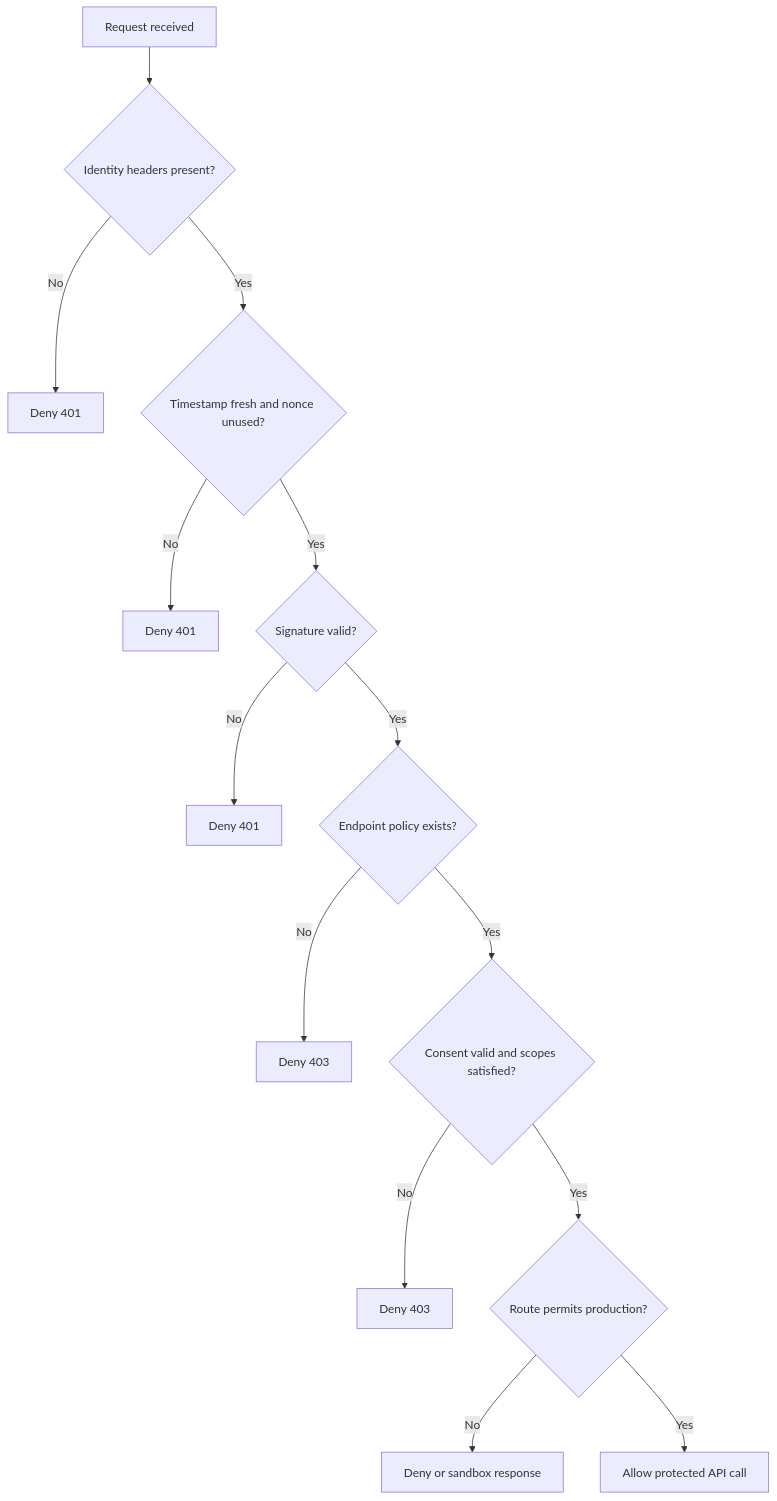
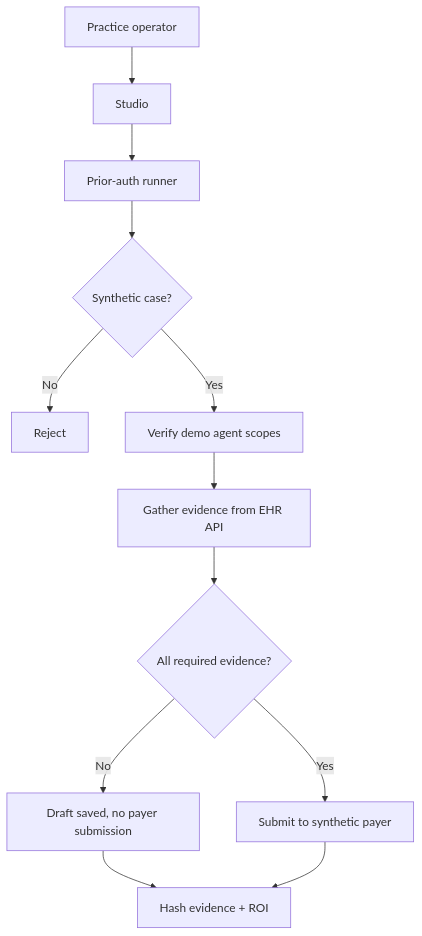
The first of 2 diagrams in docs/security-model.md (roshaninfordham/healthagentpassport), drawn with Mermaid before and after one commit. The commit also changed other lines of this file and 137 other files, not shown here.

Commit message:
Transform product into PriorAuth Passport

````diff
--- a/docs/security-model.md
+++ b/docs/security-model.md
@@ -32,16 +9,14 @@
 ```mermaid
 flowchart TD
-  Start[Request received] --> Headers{Identity headers present?}
-  Headers -->|No| Deny1[Deny 401]
-  Headers -->|Yes| Fresh{Timestamp fresh and nonce unused?}
-  Fresh -->|No| Deny2[Deny 401]
-  Fresh -->|Yes| Signature{Signature valid?}
-  Signature -->|No| Deny3[Deny 401]
-  Signature -->|Yes| Policy{Endpoint policy exists?}
-  Policy -->|No| Deny4[Deny 403]
-  Policy -->|Yes| Consent{Consent valid and scopes satisfied?}
-  Consent -->|No| Deny5[Deny 403]
-  Consent -->|Yes| Route{Route permits production?}
-  Route -->|No| Deny6[Deny or sandbox response]
-  Route -->|Yes| Allow[Allow protected API call]
+  User[Practice operator] --> UI[Studio]
+  UI --> Runner[Prior-auth runner]
+  Runner --> Synthetic{Synthetic case?}
+  Synthetic -->|No| Reject[Reject]
+  Synthetic -->|Yes| Scope[Verify demo agent scopes]
+  Scope --> Evidence[Gather evidence from EHR API]
+  Evidence --> Complete{All required evidence?}
+  Complete -->|No| Draft[Draft saved, no payer submission]
+  Complete -->|Yes| Submit[Submit to synthetic payer]
+  Draft --> Audit[Hash evidence + ROI]
+  Submit --> Audit
 ```
````
